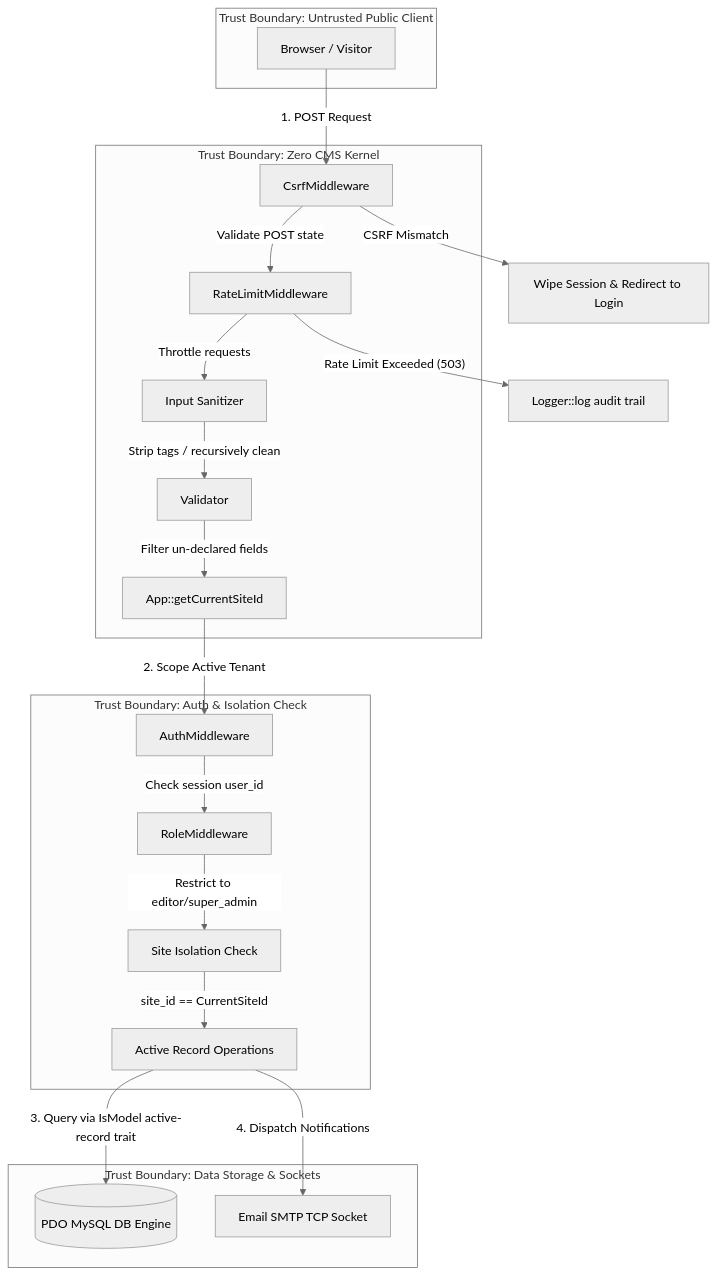
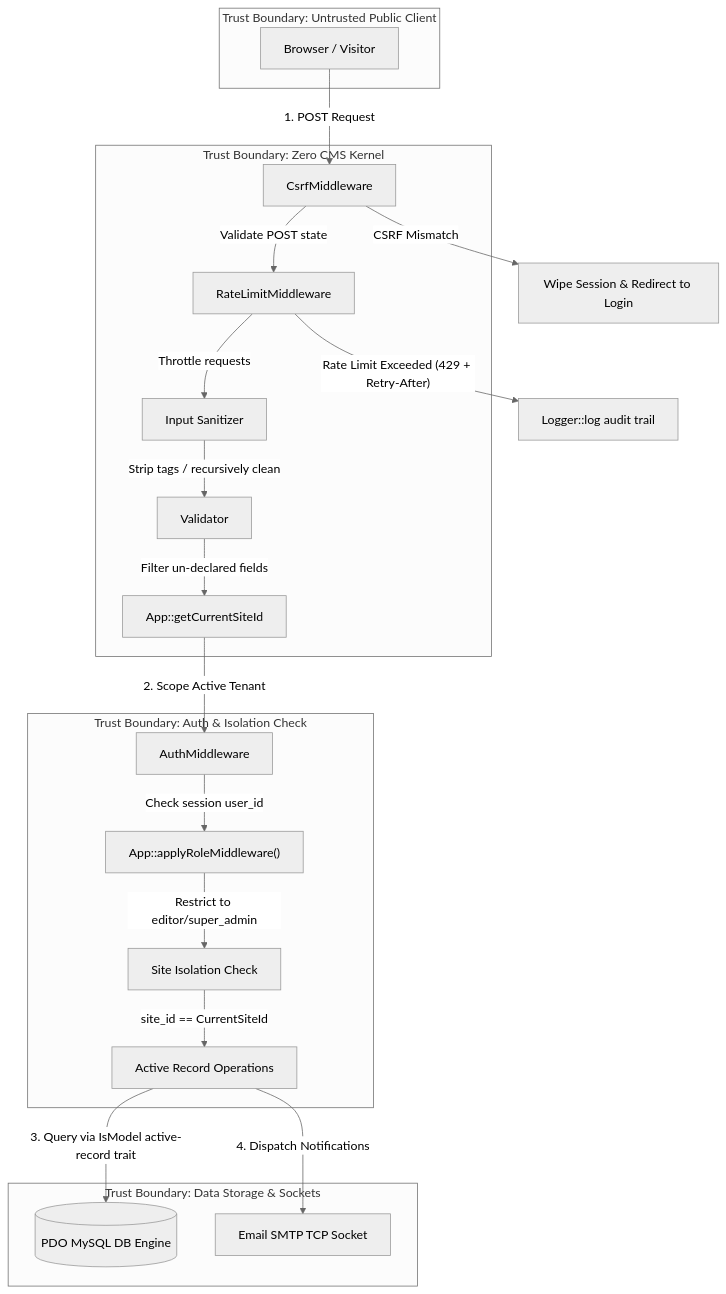
Before and after one commit to markoliverbrawn/zero-cms: the diagram in README.md, drawn with Mermaid (neutral theme). The commit also changed other lines of this file and 2 other files, not shown here.

````diff
--- a/README.md
+++ b/README.md
@@ -124,31 +139,31 @@
 ```mermaid
 flowchart TD
     subgraph PUBLIC_ZONE [Trust Boundary: Untrusted Public Client]
         A[Browser / Visitor]
     end
 
     subgraph SYSTEM_CORE [Trust Boundary: Zero CMS Kernel]
         B[CsrfMiddleware] -- "Validate POST state" --> C[RateLimitMiddleware]
         C -- "Throttle requests" --> D[Input Sanitizer]
         D -- "Strip tags / recursively clean" --> E[Validator]
         E -- "Filter un-declared fields" --> F[App::getCurrentSiteId]
     end
 
     subgraph AUTH_ZONE [Trust Boundary: Auth & Isolation Check]
-        G[AuthMiddleware] -- "Check session user_id" --> H[RoleMiddleware]
+        G[AuthMiddleware] -- "Check session user_id" --> H["App::applyRoleMiddleware()"]
         H -- "Restrict to editor/super_admin" --> I[Site Isolation Check]
         I -- "site_id == CurrentSiteId" --> J[Active Record Operations]
     end
 
     subgraph DATA_ZONE [Trust Boundary: Data Storage & Sockets]
         K[(PDO MySQL DB Engine)]
         L[Email SMTP TCP Socket]
     end
 
     A -- "1. POST Request" --> B
     B -- "CSRF Mismatch" --> B_ERR[Wipe Session & Redirect to Login]
-    C -- "Rate Limit Exceeded (503)" --> C_ERR[Logger::log audit trail]
+    C -- "Rate Limit Exceeded (429 + Retry-After)" --> C_ERR[Logger::log audit trail]
     F -- "2. Scope Active Tenant" --> G
     J -- "3. Query via IsModel active-record trait" --> K
     J -- "4. Dispatch Notifications" --> L
 ```
````
